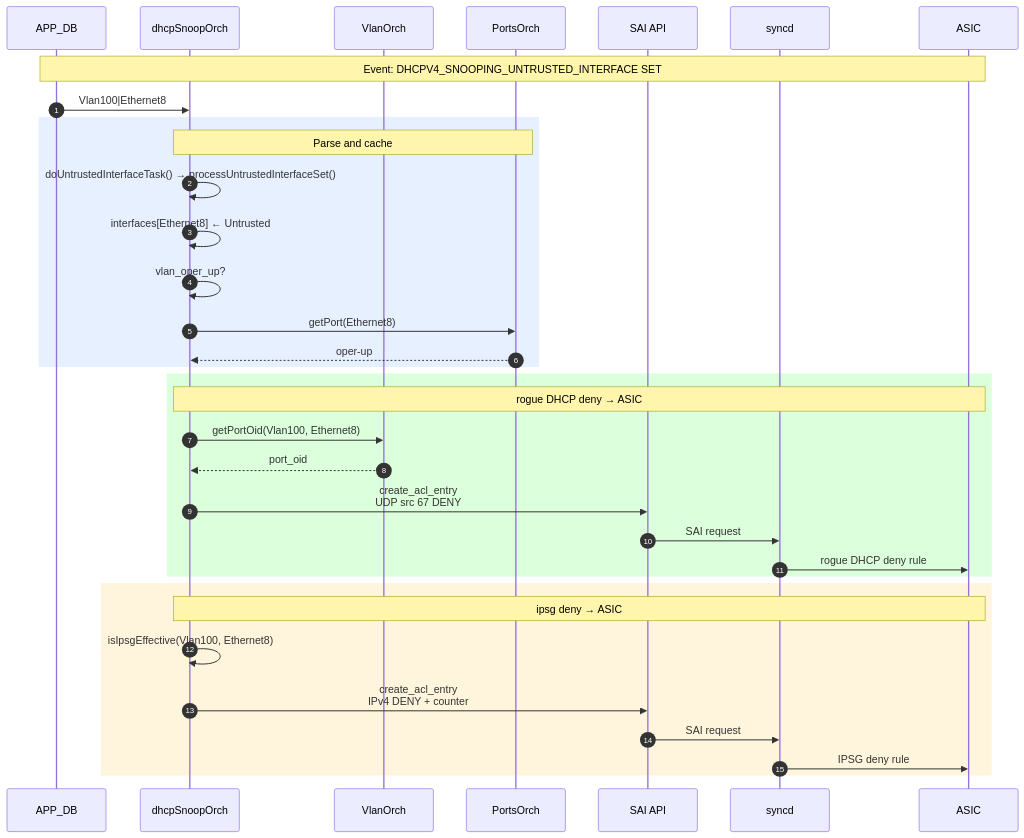
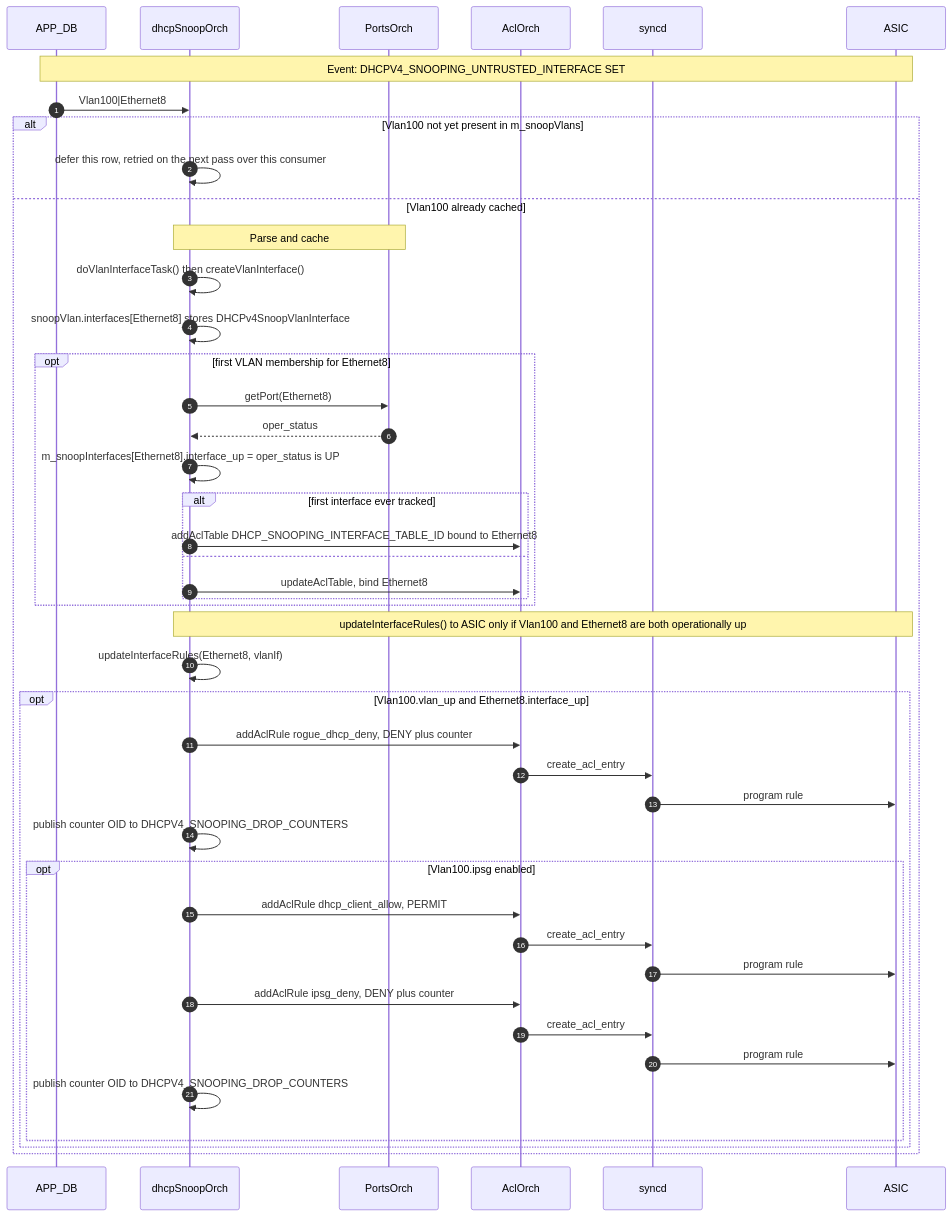
Diagram 12 of 19 in doc/DHCPv4_snooping/DHCPv4-snooping-hld.md (sonic-net/SONiC), drawn with Mermaid before and after one commit. The commit also changed other lines of this file, not shown here.

First line of the commit message:
doc: add sequence diagrams in HLD

````diff
--- a/doc/DHCPv4_snooping/DHCPv4-snooping-hld.md
+++ b/doc/DHCPv4_snooping/DHCPv4-snooping-hld.md
@@ -786,41 +956,49 @@
 ```mermaid
 sequenceDiagram
     autonumber
     participant APP_DB as APP_DB
     participant Orch as dhcpSnoopOrch
-    participant VlanOrch as VlanOrch
     participant PortsOrch as PortsOrch
-    participant SAI as SAI API
+    participant AclOrch as AclOrch
     participant syncd as syncd
     participant ASIC as ASIC
 
     Note over APP_DB, ASIC: Event: DHCPV4_SNOOPING_UNTRUSTED_INTERFACE SET
 
     APP_DB->>Orch: Vlan100|Ethernet8
 
-    rect rgb(230, 240, 255)
+    alt Vlan100 not yet present in m_snoopVlans
+        Orch->>Orch: defer this row, retried on the next pass over this consumer
+    else Vlan100 already cached
         Note over Orch, PortsOrch: Parse and cache
-        Orch->>Orch: doUntrustedInterfaceTask() → processUntrustedInterfaceSet()
-        Orch->>Orch: interfaces[Ethernet8] ← Untrusted
-        Orch->>Orch: vlan_oper_up?
-        Orch->>PortsOrch: getPort(Ethernet8)
-        PortsOrch-->>Orch: oper-up
-    end
-
-    rect rgb(220, 255, 220)
-        Note over Orch, ASIC: rogue DHCP deny → ASIC
-        Orch->>VlanOrch: getPortOid(Vlan100, Ethernet8)
-        VlanOrch-->>Orch: port_oid
-        Orch->>SAI: create_acl_entry<br/>UDP src 67 DENY
-        SAI->>syncd: SAI request
-        syncd->>ASIC: rogue DHCP deny rule
-    end
-
-    rect rgb(255, 245, 220)
-        Note over Orch, ASIC: ipsg deny → ASIC
-        Orch->>Orch: isIpsgEffective(Vlan100, Ethernet8)
-        Orch->>SAI: create_acl_entry<br/>IPv4 DENY + counter
-        SAI->>syncd: SAI request
-        syncd->>ASIC: IPSG deny rule
+        Orch->>Orch: doVlanInterfaceTask() then createVlanInterface()
+        Orch->>Orch: snoopVlan.interfaces[Ethernet8] stores DHCPv4SnoopVlanInterface
+        opt first VLAN membership for Ethernet8
+            Orch->>PortsOrch: getPort(Ethernet8)
+            PortsOrch-->>Orch: oper_status
+            Orch->>Orch: m_snoopInterfaces[Ethernet8].interface_up = oper_status is UP
+            alt first interface ever tracked
+                Orch->>AclOrch: addAclTable DHCP_SNOOPING_INTERFACE_TABLE_ID bound to Ethernet8
+            else
+                Orch->>AclOrch: updateAclTable, bind Ethernet8
+            end
+        end
+        Note over Orch, ASIC: updateInterfaceRules() to ASIC only if Vlan100 and Ethernet8 are both operationally up
+        Orch->>Orch: updateInterfaceRules(Ethernet8, vlanIf)
+        opt Vlan100.vlan_up and Ethernet8.interface_up
+            Orch->>AclOrch: addAclRule rogue_dhcp_deny, DENY plus counter
+            AclOrch->>syncd: create_acl_entry
+            syncd->>ASIC: program rule
+            Orch->>Orch: publish counter OID to DHCPV4_SNOOPING_DROP_COUNTERS
+            opt Vlan100.ipsg enabled
+                Orch->>AclOrch: addAclRule dhcp_client_allow, PERMIT
+                AclOrch->>syncd: create_acl_entry
+                syncd->>ASIC: program rule
+                Orch->>AclOrch: addAclRule ipsg_deny, DENY plus counter
+                AclOrch->>syncd: create_acl_entry
+                syncd->>ASIC: program rule
+                Orch->>Orch: publish counter OID to DHCPV4_SNOOPING_DROP_COUNTERS
+            end
+        end
     end
 ```
````
